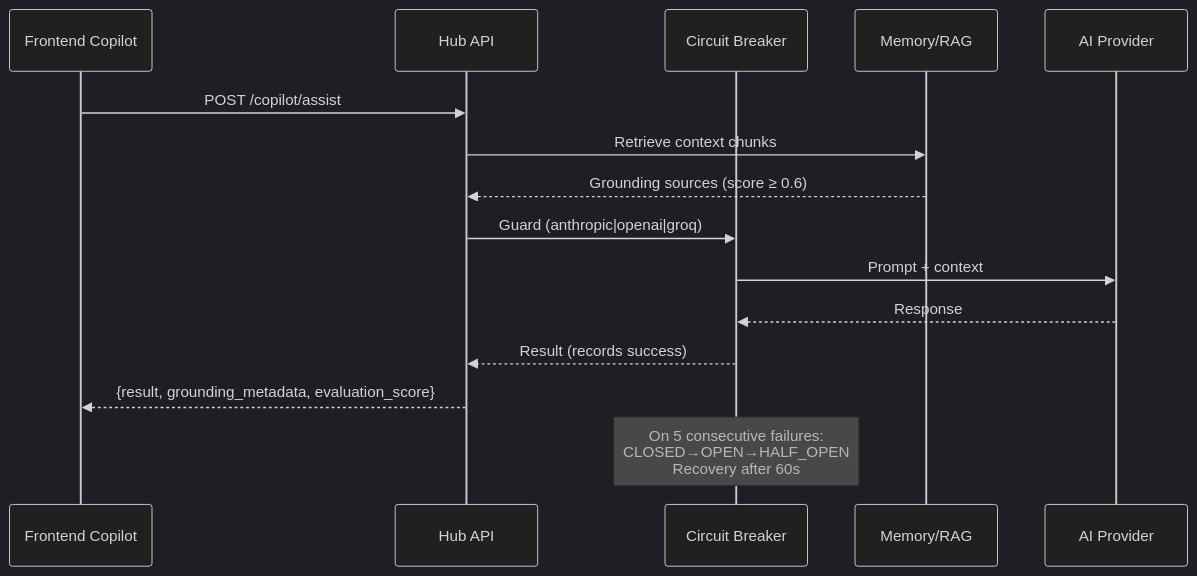
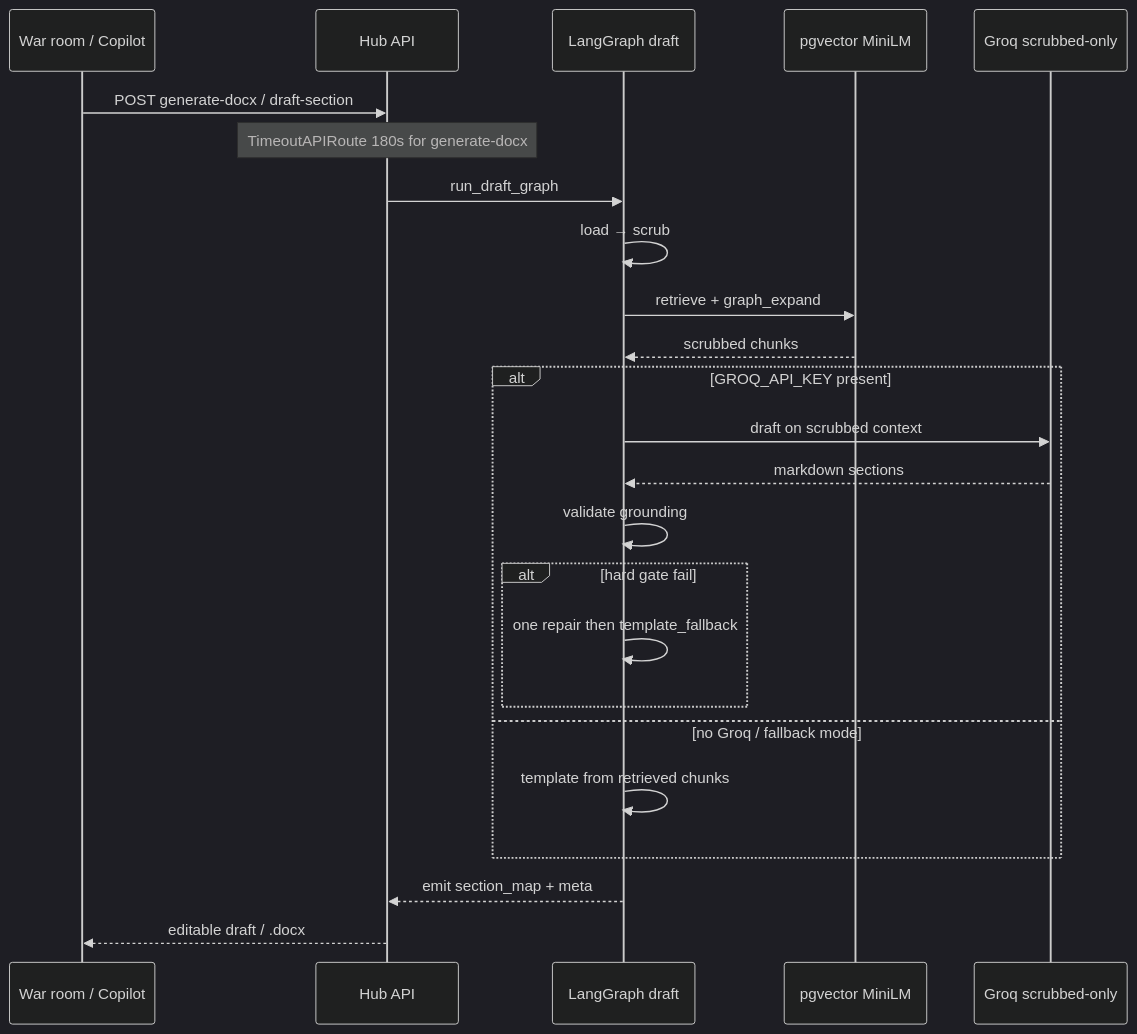
One commit to sanjayrkshetty/presales-hub changed the third of 4 diagrams in docs/architecture/data-flow.md. Above: the diagram before and after it, drawn with Mermaid (dark theme). The commit also changed other lines of this file and 7 other files, not shown here.

First line of the commit message:
docs: align architecture with G1 draft graph and Post-G1 reality

````diff
--- a/docs/architecture/data-flow.md
+++ b/docs/architecture/data-flow.md
@@ -46,19 +48,27 @@
 ```mermaid
 sequenceDiagram
-    participant FE as Frontend Copilot
+    participant FE as War room / Copilot
     participant API as Hub API
-    participant CB as Circuit Breaker
-    participant RAG as Memory/RAG
-    participant AI as AI Provider
+    participant G as LangGraph draft
+    participant VS as pgvector MiniLM
+    participant GR as Groq scrubbed-only
 
-    FE->>API: POST /copilot/assist
-    API->>RAG: Retrieve context chunks
-    RAG-->>API: Grounding sources (score ≥ 0.6)
-    API->>CB: Guard (anthropic|openai|groq)
-    CB->>AI: Prompt + context
-    AI-->>CB: Response
-    CB-->>API: Result (records success)
-    API-->>FE: {result, grounding_metadata, evaluation_score}
-
-    note over CB: On 5 consecutive failures:<br/>CLOSED→OPEN→HALF_OPEN<br/>Recovery after 60s
+    FE->>API: POST generate-docx / draft-section
+    Note over API: TimeoutAPIRoute 180s for generate-docx
+    API->>G: run_draft_graph
+    G->>G: load → scrub
+    G->>VS: retrieve + graph_expand
+    VS-->>G: scrubbed chunks
+    alt GROQ_API_KEY present
+        G->>GR: draft on scrubbed context
+        GR-->>G: markdown sections
+        G->>G: validate grounding
+        alt hard gate fail
+            G->>G: one repair then template_fallback
+        end
+    else no Groq / fallback mode
+        G->>G: template from retrieved chunks
+    end
+    G-->>API: emit section_map + meta
+    API-->>FE: editable draft / .docx
 ```
````
